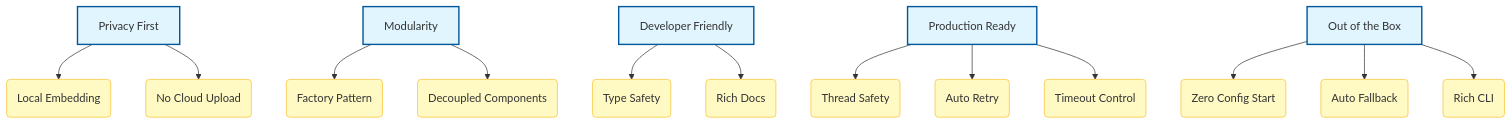
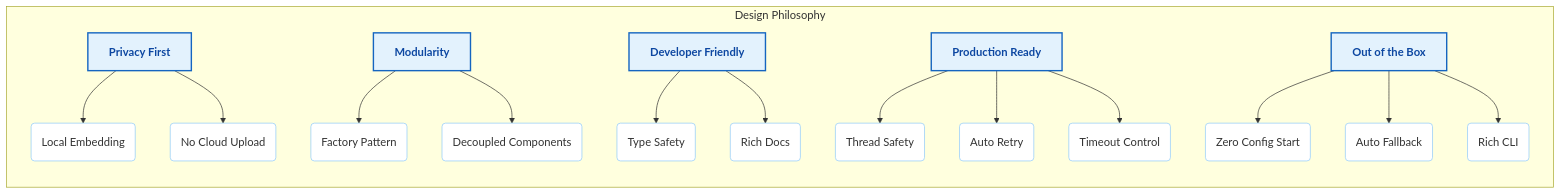
The first of 5 diagrams in README.md (xt765/FinchBot), drawn with Mermaid before and after one commit. The commit also changed 2 other files, not shown here.

Commit message:
Docs: Refine Design Philosophy diagram with cleaner subgraph layout and styling

````diff
--- a/README.md
+++ b/README.md
@@ -50,34 +50,30 @@
 ```mermaid
 graph TD
-    %% Design Philosophy Nodes
-    Privacy[Privacy First]
-    Modularity[Modularity]
-    Dev_Experience[Developer Friendly]
-    Stability[Production Ready]
-    Out_of_Box[Out of the Box]
+    subgraph Philosophy [Design Philosophy]
+        direction TB
+        
+        P[Privacy First] --> P1(Local Embedding)
+        P --> P2(No Cloud Upload)
+        
+        M[Modularity] --> M1(Factory Pattern)
+        M --> M2(Decoupled Components)
+        
+        D[Developer Friendly] --> D1(Type Safety)
+        D --> D2(Rich Docs)
+        
+        S[Production Ready] --> S1(Thread Safety)
+        S --> S2(Auto Retry)
+        S --> S3(Timeout Control)
+        
+        O[Out of the Box] --> O1(Zero Config Start)
+        O --> O2(Auto Fallback)
+        O --> O3(Rich CLI)
+    end
 
-    %% Details
-    Privacy --> Local_Embedding(Local Embedding)
-    Privacy --> No_Cloud_Upload(No Cloud Upload)
-    
-    Modularity --> Factory_Pattern(Factory Pattern)
-    Modularity --> Decoupled_Components(Decoupled Components)
-    
-    Dev_Experience --> Type_Safety(Type Safety)
-    Dev_Experience --> Documentation(Rich Docs)
-    
-    Stability --> Locks(Thread Safety)
-    Stability --> Retry(Auto Retry)
-    Stability --> Timeout(Timeout Control)
-    
-    Out_of_Box --> Zero_Config(Zero Config Start)
-    Out_of_Box --> Auto_Fallback(Auto Fallback)
-    Out_of_Box --> Rich_CLI(Rich CLI)
+    %% Style Definitions
+    classDef category fill:#e3f2fd,stroke:#1565c0,stroke-width:2px,color:#0d47a1,font-weight:bold;
+    classDef item fill:#ffffff,stroke:#90caf9,stroke-width:1px,color:#333;
 
-    %% Styling
-    classDef main fill:#e1f5fe,stroke:#01579b,stroke-width:2px;
-    classDef sub fill:#fff9c4,stroke:#fbc02d,stroke-width:1px;
-    
-    class Privacy,Modularity,Dev_Experience,Stability,Out_of_Box main
-    class Local_Embedding,No_Cloud_Upload,Factory_Pattern,Decoupled_Components,Type_Safety,Documentation,Locks,Retry,Timeout,Zero_Config,Auto_Fallback,Rich_CLI sub
+    class P,M,D,S,O category;
+    class P1,P2,M1,M2,D1,D2,S1,S2,S3,O1,O2,O3 item;
 ```
````
